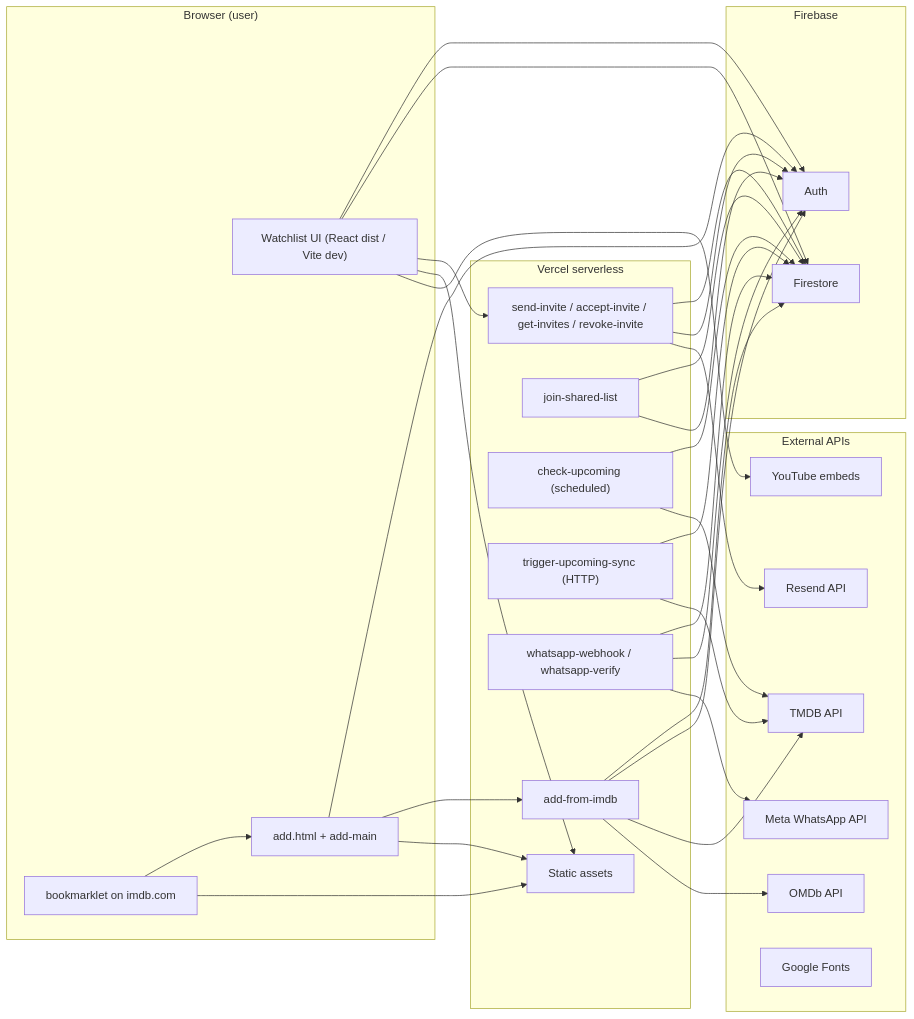
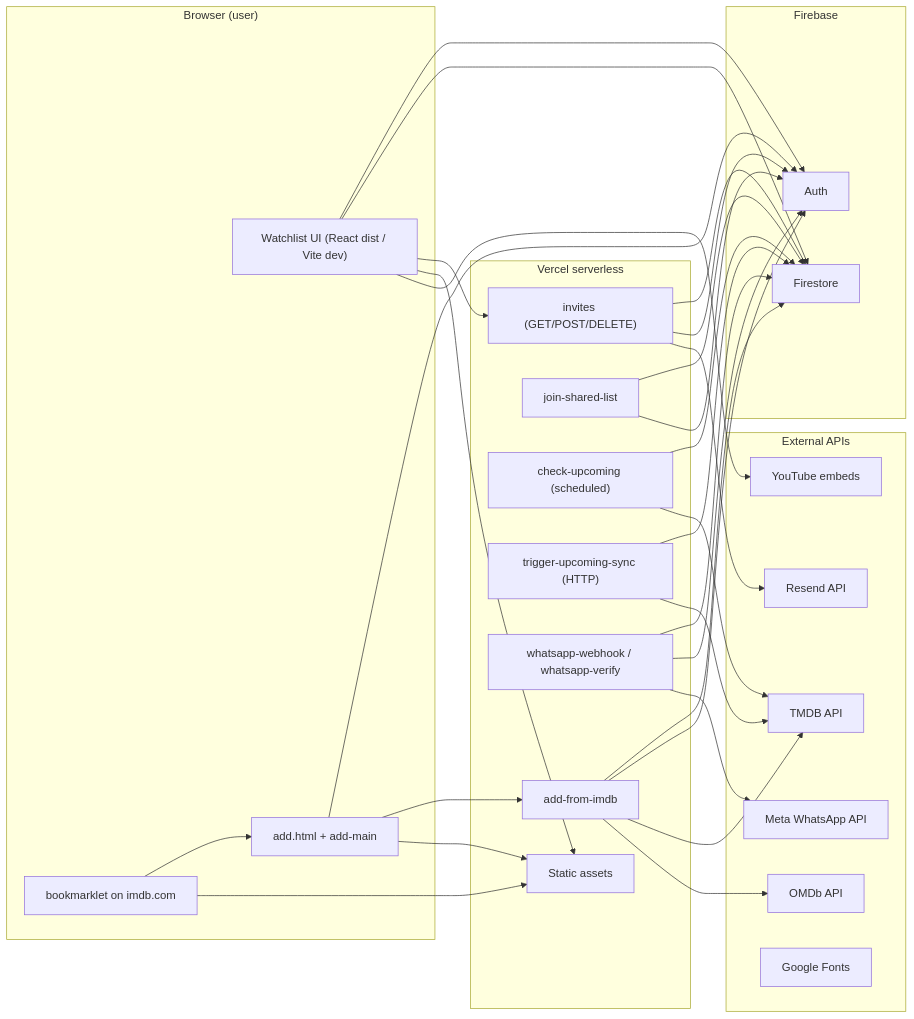
Before and after one commit to maulbogat/watchlist-app: the first of 5 diagrams in system-design.md, drawn with Mermaid. The commit also changed other lines of this file and 13 other files, not shown here.

````diff
--- a/system-design.md
+++ b/system-design.md
@@ -397,61 +391,61 @@
 ```mermaid
 flowchart LR
   subgraph Browser["Browser (user)"]
     SPA["Watchlist UI (React dist / Vite dev)"]
     ADD["add.html + add-main"]
     BM["bookmarklet on imdb.com"]
   end
 
   subgraph VercelAPI["Vercel serverless"]
     NF1["add-from-imdb"]
     NF2["join-shared-list"]
     NF3["check-upcoming (scheduled)"]
     NF4["trigger-upcoming-sync (HTTP)"]
     NF5["whatsapp-webhook / whatsapp-verify"]
-    NF6["send-invite / accept-invite / get-invites / revoke-invite"]
+    NF6["invites (GET/POST/DELETE)"]
     Static["Static assets"]
   end
 
   subgraph Firebase["Firebase"]
     FS["Firestore"]
     FA["Auth"]
   end
 
   subgraph External["External APIs"]
     TMDB["TMDB API"]
     OMDb["OMDb API"]
     WA["Meta WhatsApp API"]
     RS["Resend API"]
     YT["YouTube embeds"]
     GFonts["Google Fonts"]
   end
 
   SPA --> FA
   SPA --> FS
   SPA --> NF6
   ADD --> FA
   ADD --> NF1
   BM --> ADD
   BM --> Static
   SPA --> Static
   ADD --> Static
 
   NF1 --> FS
   NF1 --> FA
   NF1 --> TMDB
   NF1 --> OMDb
   NF2 --> FS
   NF2 --> FA
   NF3 --> FS
   NF3 --> TMDB
   NF4 --> FS
   NF4 --> TMDB
   NF5 --> FS
   NF5 --> FA
   NF5 --> WA
   NF6 --> FS
   NF6 --> FA
   NF6 --> RS
 
   SPA --> YT
 ```
````
